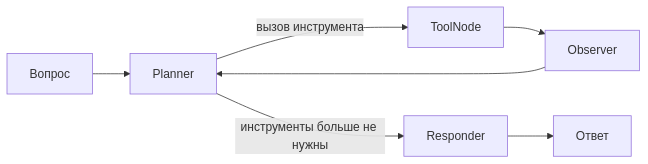
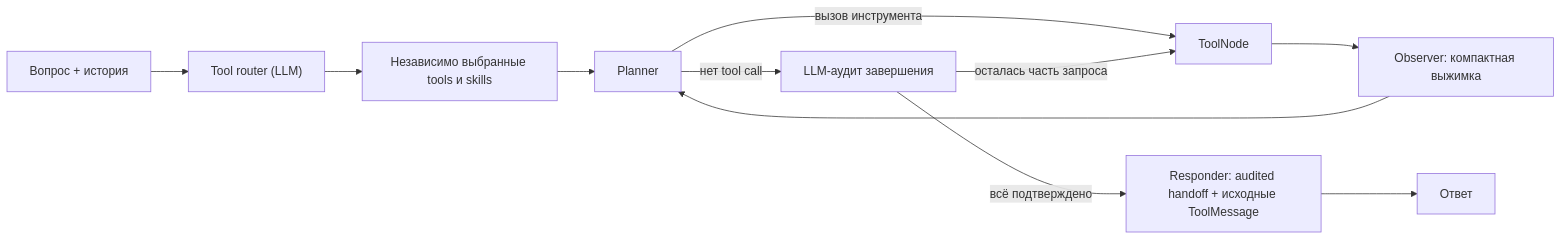
Before and after one commit to Sasyami/ETL-S2T-Parser: the second of 2 diagrams in README.md, drawn with Mermaid. The commit also changed other lines of this file and 77 other files, not shown here.

````diff
--- a/README.md
+++ b/README.md
@@ -96,9 +116,13 @@
 ```mermaid
 flowchart LR
-    Q["Вопрос"] --> P["Planner"]
+    Q["Вопрос + история"] --> C["Tool router (LLM)"]
+    C --> S["Независимо выбранные tools и skills"]
+    S --> P["Planner"]
     P -->|вызов инструмента| T["ToolNode"]
-    T --> O["Observer"]
+    T --> O["Observer: компактная выжимка"]
     O --> P
-    P -->|инструменты больше не нужны| R["Responder"]
+    P -->|нет tool call| U["LLM-аудит завершения"]
+    U -->|осталась часть запроса| T
+    U -->|всё подтверждено| R["Responder: audited handoff + исходные ToolMessage"]
     R --> A["Ответ"]
 ```
````
